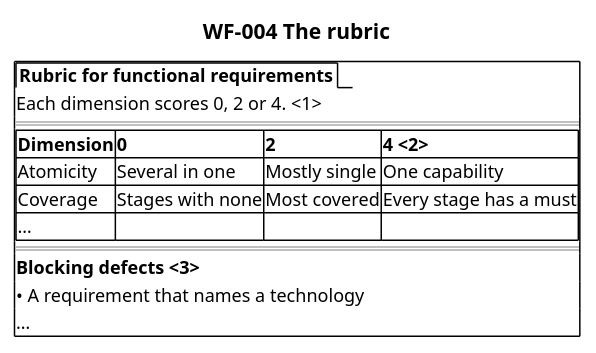
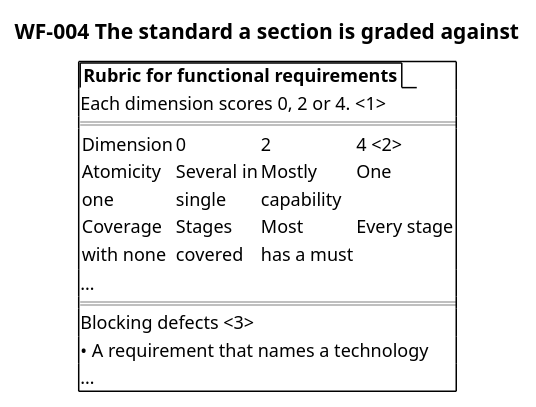
One commit to SpillwaveSolutions/prd-forge changed the diagram in docs/prd/prd-forge/diagrams/WF-004.puml. Above: the diagram before and after it, drawn with PlantUML. The commit also changed 44 other files, not shown here.

```diff
--- a/docs/prd/prd-forge/diagrams/WF-004.puml
+++ b/docs/prd/prd-forge/diagrams/WF-004.puml
@@ -1,18 +1,20 @@
 @startsalt
-title WF-004 The rubric
+title WF-004 The standard a section is graded against
 {+
   {/ <b>Rubric for functional requirements</b> }
   Each dimension scores 0, 2 or 4. <1>
   ==
-  {#
-    <b>Dimension | <b>0 | <b>2 | <b>4 <2>
-    Atomicity | Several in one | Mostly single | One capability
-    Coverage | Stages with none | Most covered | Every stage has a must
-    … | . | . | .
+  {
+    Dimension | 0 | 2 | 4 <2>
+    Atomicity | Several in | Mostly | One
+    one | single | capability
+    Coverage | Stages | Most | Every stage
+    with none | covered | has a must
   }
+  …
   ==
-  <b>Blocking defects <3>
+  Blocking defects <3>
   • A requirement that names a technology
   …
 }
 @endsalt
```
